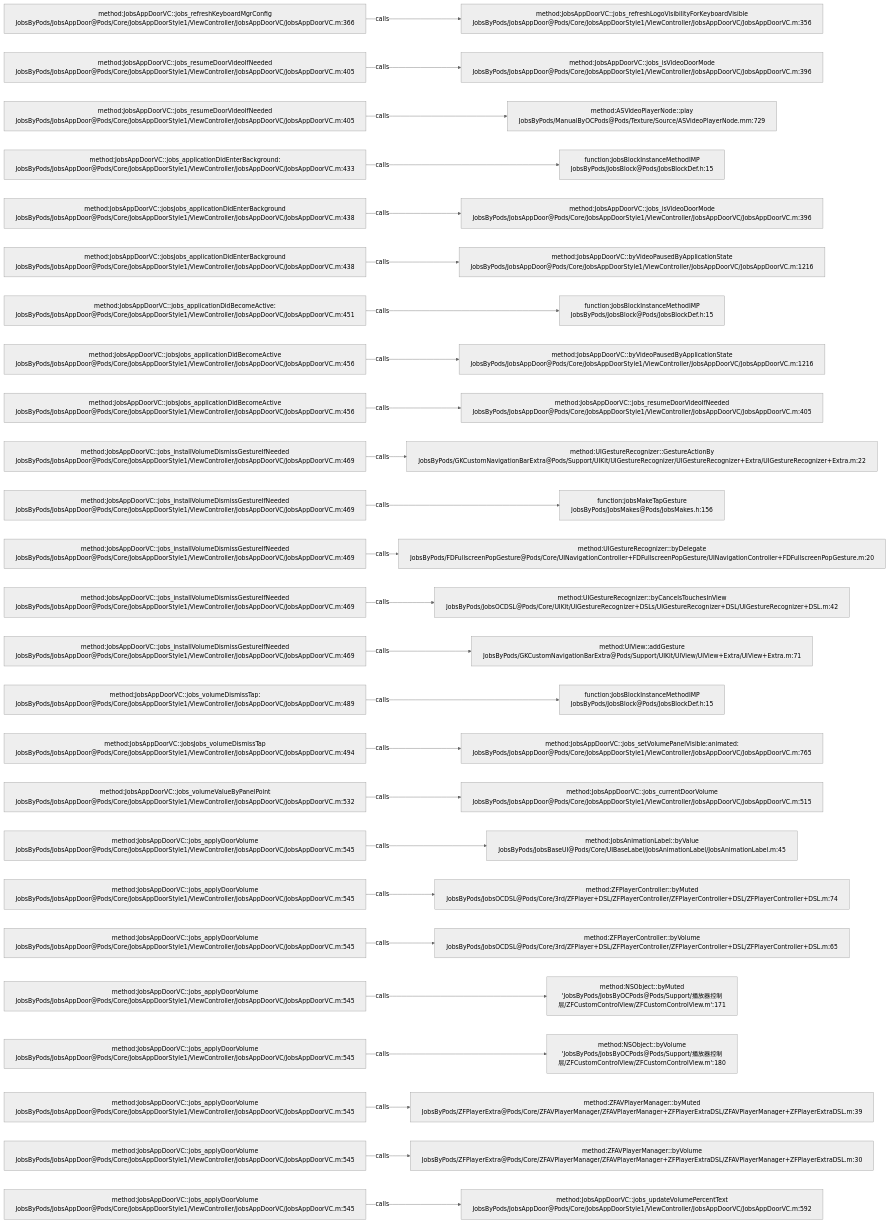
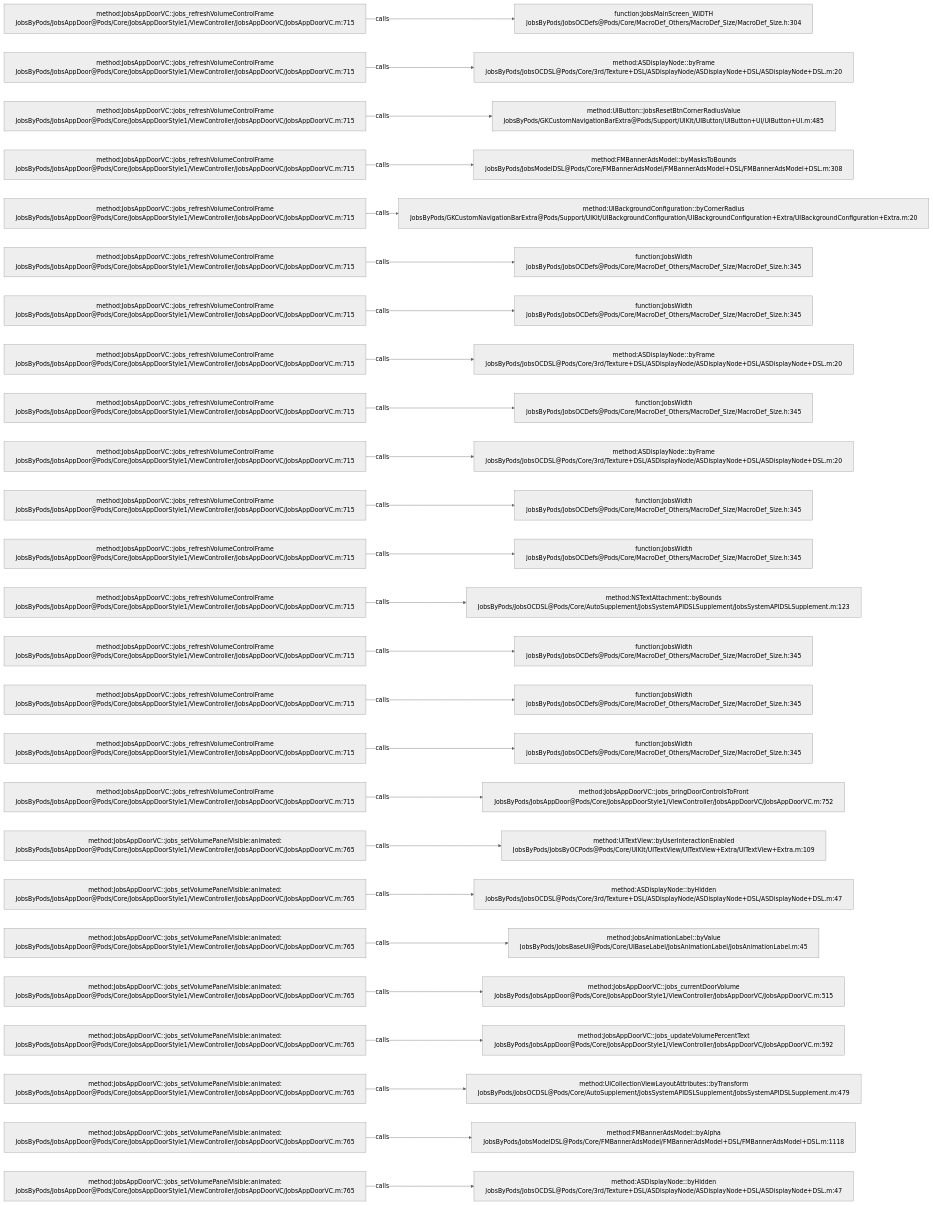
Before and after one commit to JobsKits/JobsOCBaseConfigDemo: the diagram in .codegraph/codegraph.md/graphs/calls-110.md, drawn with Mermaid (neutral theme). The commit also changed 223 other files, not shown here.

````diff
--- a/.codegraph/codegraph.md/graphs/calls-110.md
+++ b/.codegraph/codegraph.md/graphs/calls-110.md
@@ -13,78 +13,78 @@
 ```mermaid
 flowchart LR
-  S1["method:JobsAppDoorVC::jobs_refreshKeyboardMgrConfig<br/>JobsByPods/JobsAppDoor@Pods/Core/JobsAppDoorStyle1/ViewController/JobsAppDoorVC/JobsAppDoorVC.m:366"]
-  T1["method:JobsAppDoorVC::jobs_refreshLogoVisibilityForKeyboardVisible<br/>JobsByPods/JobsAppDoor@Pods/Core/JobsAppDoorStyle1/ViewController/JobsAppDoorVC/JobsAppDoorVC.m:356"]
+  S1["method:JobsAppDoorVC::jobs_refreshVolumeControlFrame<br/>JobsByPods/JobsAppDoor@Pods/Core/JobsAppDoorStyle1/ViewController/JobsAppDoorVC/JobsAppDoorVC.m:715"]
+  T1["function:JobsMainScreen_WIDTH<br/>JobsByPods/JobsOCDefs@Pods/Core/MacroDef_Others/MacroDef_Size/MacroDef_Size.h:304"]
   S1 -->|calls| T1
-  S2["method:JobsAppDoorVC::jobs_resumeDoorVideoIfNeeded<br/>JobsByPods/JobsAppDoor@Pods/Core/JobsAppDoorStyle1/ViewController/JobsAppDoorVC/JobsAppDoorVC.m:405"]
-  T2["method:JobsAppDoorVC::jobs_isVideoDoorMode<br/>JobsByPods/JobsAppDoor@Pods/Core/JobsAppDoorStyle1/ViewController/JobsAppDoorVC/JobsAppDoorVC.m:396"]
+  S2["method:JobsAppDoorVC::jobs_refreshVolumeControlFrame<br/>JobsByPods/JobsAppDoor@Pods/Core/JobsAppDoorStyle1/ViewController/JobsAppDoorVC/JobsAppDoorVC.m:715"]
+  T2["method:ASDisplayNode::byFrame<br/>JobsByPods/JobsOCDSL@Pods/Core/3rd/Texture+DSL/ASDisplayNode/ASDisplayNode+DSL/ASDisplayNode+DSL.m:20"]
   S2 -->|calls| T2
-  S3["method:JobsAppDoorVC::jobs_resumeDoorVideoIfNeeded<br/>JobsByPods/JobsAppDoor@Pods/Core/JobsAppDoorStyle1/ViewController/JobsAppDoorVC/JobsAppDoorVC.m:405"]
-  T3["method:ASVideoPlayerNode::play<br/>JobsByPods/ManualByOCPods@Pods/Texture/Source/ASVideoPlayerNode.mm:729"]
+  S3["method:JobsAppDoorVC::jobs_refreshVolumeControlFrame<br/>JobsByPods/JobsAppDoor@Pods/Core/JobsAppDoorStyle1/ViewController/JobsAppDoorVC/JobsAppDoorVC.m:715"]
+  T3["method:UIButton::jobsResetBtnCornerRadiusValue<br/>JobsByPods/GKCustomNavigationBarExtra@Pods/Support/UIKit/UIButton/UIButton+UI/UIButton+UI.m:485"]
   S3 -->|calls| T3
-  S4["method:JobsAppDoorVC::jobs_applicationDidEnterBackground:<br/>JobsByPods/JobsAppDoor@Pods/Core/JobsAppDoorStyle1/ViewController/JobsAppDoorVC/JobsAppDoorVC.m:433"]
-  T4["function:JobsBlockInstanceMethodIMP<br/>JobsByPods/JobsBlock@Pods/JobsBlockDef.h:15"]
+  S4["method:JobsAppDoorVC::jobs_refreshVolumeControlFrame<br/>JobsByPods/JobsAppDoor@Pods/Core/JobsAppDoorStyle1/ViewController/JobsAppDoorVC/JobsAppDoorVC.m:715"]
+  T4["method:FMBannerAdsModel::byMasksToBounds<br/>JobsByPods/JobsModelDSL@Pods/Core/FMBannerAdsModel/FMBannerAdsModel+DSL/FMBannerAdsModel+DSL.m:308"]
   S4 -->|calls| T4
-  S5["method:JobsAppDoorVC::jobsJobs_applicationDidEnterBackground<br/>JobsByPods/JobsAppDoor@Pods/Core/JobsAppDoorStyle1/ViewController/JobsAppDoorVC/JobsAppDoorVC.m:438"]
-  T5["method:JobsAppDoorVC::jobs_isVideoDoorMode<br/>JobsByPods/JobsAppDoor@Pods/Core/JobsAppDoorStyle1/ViewController/JobsAppDoorVC/JobsAppDoorVC.m:396"]
+  S5["method:JobsAppDoorVC::jobs_refreshVolumeControlFrame<br/>JobsByPods/JobsAppDoor@Pods/Core/JobsAppDoorStyle1/ViewController/JobsAppDoorVC/JobsAppDoorVC.m:715"]
+  T5["method:UIBackgroundConfiguration::byCornerRadius<br/>JobsByPods/GKCustomNavigationBarExtra@Pods/Support/UIKit/UIBackgroundConfiguration/UIBackgroundConfiguration+Extra/UIBackgroundConfiguration+Extra.m:20"]
   S5 -->|calls| T5
-  S6["method:JobsAppDoorVC::jobsJobs_applicationDidEnterBackground<br/>JobsByPods/JobsAppDoor@Pods/Core/JobsAppDoorStyle1/ViewController/JobsAppDoorVC/JobsAppDoorVC.m:438"]
-  T6["method:JobsAppDoorVC::byVideoPausedByApplicationState<br/>JobsByPods/JobsAppDoor@Pods/Core/JobsAppDoorStyle1/ViewController/JobsAppDoorVC/JobsAppDoorVC.m:1216"]
+  S6["method:JobsAppDoorVC::jobs_refreshVolumeControlFrame<br/>JobsByPods/JobsAppDoor@Pods/Core/JobsAppDoorStyle1/ViewController/JobsAppDoorVC/JobsAppDoorVC.m:715"]
+  T6["function:JobsWidth<br/>JobsByPods/JobsOCDefs@Pods/Core/MacroDef_Others/MacroDef_Size/MacroDef_Size.h:345"]
   S6 -->|calls| T6
-  S7["method:JobsAppDoorVC::jobs_applicationDidBecomeActive:<br/>JobsByPods/JobsAppDoor@Pods/Core/JobsAppDoorStyle1/ViewController/JobsAppDoorVC/JobsAppDoorVC.m:451"]
-  T7["function:JobsBlockInstanceMethodIMP<br/>JobsByPods/JobsBlock@Pods/JobsBlockDef.h:15"]
+  S7["method:JobsAppDoorVC::jobs_refreshVolumeControlFrame<br/>JobsByPods/JobsAppDoor@Pods/Core/JobsAppDoorStyle1/ViewController/JobsAppDoorVC/JobsAppDoorVC.m:715"]
+  T7["function:JobsWidth<br/>JobsByPods/JobsOCDefs@Pods/Core/MacroDef_Others/MacroDef_Size/MacroDef_Size.h:345"]
   S7 -->|calls| T7
-  S8["method:JobsAppDoorVC::jobsJobs_applicationDidBecomeActive<br/>JobsByPods/JobsAppDoor@Pods/Core/JobsAppDoorStyle1/ViewController/JobsAppDoorVC/JobsAppDoorVC.m:456"]
-  T8["method:JobsAppDoorVC::byVideoPausedByApplicationState<br/>JobsByPods/JobsAppDoor@Pods/Core/JobsAppDoorStyle1/ViewController/JobsAppDoorVC/JobsAppDoorVC.m:1216"]
+  S8["method:JobsAppDoorVC::jobs_refreshVolumeControlFrame<br/>JobsByPods/JobsAppDoor@Pods/Core/JobsAppDoorStyle1/ViewController/JobsAppDoorVC/JobsAppDoorVC.m:715"]
+  T8["method:ASDisplayNode::byFrame<br/>JobsByPods/JobsOCDSL@Pods/Core/3rd/Texture+DSL/ASDisplayNode/ASDisplayNode+DSL/ASDisplayNode+DSL.m:20"]
   S8 -->|calls| T8
-  S9["method:JobsAppDoorVC::jobsJobs_applicationDidBecomeActive<br/>JobsByPods/JobsAppDoor@Pods/Core/JobsAppDoorStyle1/ViewController/JobsAppDoorVC/JobsAppDoorVC.m:456"]
-  T9["method:JobsAppDoorVC::jobs_resumeDoorVideoIfNeeded<br/>JobsByPods/JobsAppDoor@Pods/Core/JobsAppDoorStyle1/ViewController/JobsAppDoorVC/JobsAppDoorVC.m:405"]
+  S9["method:JobsAppDoorVC::jobs_refreshVolumeControlFrame<br/>JobsByPods/JobsAppDoor@Pods/Core/JobsAppDoorStyle1/ViewController/JobsAppDoorVC/JobsAppDoorVC.m:715"]
+  T9["function:JobsWidth<br/>JobsByPods/JobsOCDefs@Pods/Core/MacroDef_Others/MacroDef_Size/MacroDef_Size.h:345"]
   S9 -->|calls| T9
-  S10["method:JobsAppDoorVC::jobs_installVolumeDismissGestureIfNeeded<br/>JobsByPods/JobsAppDoor@Pods/Core/JobsAppDoorStyle1/ViewController/JobsAppDoorVC/JobsAppDoorVC.m:469"]
-  T10["method:UIGestureRecognizer::GestureActionBy<br/>JobsByPods/GKCustomNavigationBarExtra@Pods/Support/UIKit/UIGestureRecognizer/UIGestureRecognizer+Extra/UIGestureRecognizer+Extra.m:22"]
+  S10["method:JobsAppDoorVC::jobs_refreshVolumeControlFrame<br/>JobsByPods/JobsAppDoor@Pods/Core/JobsAppDoorStyle1/ViewController/JobsAppDoorVC/JobsAppDoorVC.m:715"]
+  T10["method:ASDisplayNode::byFrame<br/>JobsByPods/JobsOCDSL@Pods/Core/3rd/Texture+DSL/ASDisplayNode/ASDisplayNode+DSL/ASDisplayNode+DSL.m:20"]
   S10 -->|calls| T10
-  S11["method:JobsAppDoorVC::jobs_installVolumeDismissGestureIfNeeded<br/>JobsByPods/JobsAppDoor@Pods/Core/JobsAppDoorStyle1/ViewController/JobsAppDoorVC/JobsAppDoorVC.m:469"]
-  T11["function:jobsMakeTapGesture<br/>JobsByPods/JobsMakes@Pods/JobsMakes.h:156"]
+  S11["method:JobsAppDoorVC::jobs_refreshVolumeControlFrame<br/>JobsByPods/JobsAppDoor@Pods/Core/JobsAppDoorStyle1/ViewController/JobsAppDoorVC/JobsAppDoorVC.m:715"]
+  T11["function:JobsWidth<br/>JobsByPods/JobsOCDefs@Pods/Core/MacroDef_Others/MacroDef_Size/MacroDef_Size.h:345"]
   S11 -->|calls| T11
-  S12["method:JobsAppDoorVC::jobs_installVolumeDismissGestureIfNeeded<br/>JobsByPods/JobsAppDoor@Pods/Core/JobsAppDoorStyle1/ViewController/JobsAppDoorVC/JobsAppDoorVC.m:469"]
-  T12["method:UIGestureRecognizer::byDelegate<br/>JobsByPods/FDFullscreenPopGesture@Pods/Core/UINavigationController+FDFullscreenPopGesture/UINavigationController+FDFullscreenPopGesture.m:20"]
+  S12["method:JobsAppDoorVC::jobs_refreshVolumeControlFrame<br/>JobsByPods/JobsAppDoor@Pods/Core/JobsAppDoorStyle1/ViewController/JobsAppDoorVC/JobsAppDoorVC.m:715"]
+  T12["function:JobsWidth<br/>JobsByPods/JobsOCDefs@Pods/Core/MacroDef_Others/MacroDef_Size/MacroDef_Size.h:345"]
   S12 -->|calls| T12
-  S13["method:JobsAppDoorVC::jobs_installVolumeDismissGestureIfNeeded<br/>JobsByPods/JobsAppDoor@Pods/Core/JobsAppDoorStyle1/ViewController/JobsAppDoorVC/JobsAppDoorVC.m:469"]
-  T13["method:UIGestureRecognizer::byCancelsTouchesInView<br/>JobsByPods/JobsOCDSL@Pods/Core/UIKit/UIGestureRecognizer+DSLs/UIGestureRecognizer+DSL/UIGestureRecognizer+DSL.m:42"]
+  S13["method:JobsAppDoorVC::jobs_refreshVolumeControlFrame<br/>JobsByPods/JobsAppDoor@Pods/Core/JobsAppDoorStyle1/ViewController/JobsAppDoorVC/JobsAppDoorVC.m:715"]
+  T13["method:NSTextAttachment::byBounds<br/>JobsByPods/JobsOCDSL@Pods/Core/AutoSupplement/JobsSystemAPIDSLSupplement/JobsSystemAPIDSLSupplement.m:123"]
   S13 -->|calls| T13
-  S14["method:JobsAppDoorVC::jobs_installVolumeDismissGestureIfNeeded<br/>JobsByPods/JobsAppDoor@Pods/Core/JobsAppDoorStyle1/ViewController/JobsAppDoorVC/JobsAppDoorVC.m:469"]
-  T14["method:UIView::addGesture<br/>JobsByPods/GKCustomNavigationBarExtra@Pods/Support/UIKit/UIView/UIView+Extra/UIView+Extra.m:71"]
+  S14["method:JobsAppDoorVC::jobs_refreshVolumeControlFrame<br/>JobsByPods/JobsAppDoor@Pods/Core/JobsAppDoorStyle1/ViewController/JobsAppDoorVC/JobsAppDoorVC.m:715"]
+  T14["function:JobsWidth<br/>JobsByPods/JobsOCDefs@Pods/Core/MacroDef_Others/MacroDef_Size/MacroDef_Size.h:345"]
   S14 -->|calls| T14
-  S15["method:JobsAppDoorVC::jobs_volumeDismissTap:<br/>JobsByPods/JobsAppDoor@Pods/Core/JobsAppDoorStyle1/ViewController/JobsAppDoorVC/JobsAppDoorVC.m:489"]
-  T15["function:JobsBlockInstanceMethodIMP<br/>JobsByPods/JobsBlock@Pods/JobsBlockDef.h:15"]
+  S15["method:JobsAppDoorVC::jobs_refreshVolumeControlFrame<br/>JobsByPods/JobsAppDoor@Pods/Core/JobsAppDoorStyle1/ViewController/JobsAppDoorVC/JobsAppDoorVC.m:715"]
+  T15["function:JobsWidth<br/>JobsByPods/JobsOCDefs@Pods/Core/MacroDef_Others/MacroDef_Size/MacroDef_Size.h:345"]
   S15 -->|calls| T15
-  S16["method:JobsAppDoorVC::jobsJobs_volumeDismissTap<br/>JobsByPods/JobsAppDoor@Pods/Core/JobsAppDoorStyle1/ViewController/JobsAppDoorVC/JobsAppDoorVC.m:494"]
-  T16["method:JobsAppDoorVC::jobs_setVolumePanelVisible:animated:<br/>JobsByPods/JobsAppDoor@Pods/Core/JobsAppDoorStyle1/ViewController/JobsAppDoorVC/JobsAppDoorVC.m:765"]
+  S16["method:JobsAppDoorVC::jobs_refreshVolumeControlFrame<br/>JobsByPods/JobsAppDoor@Pods/Core/JobsAppDoorStyle1/ViewController/JobsAppDoorVC/JobsAppDoorVC.m:715"]
+  T16["function:JobsWidth<br/>JobsByPods/JobsOCDefs@Pods/Core/MacroDef_Others/MacroDef_Size/MacroDef_Size.h:345"]
   S16 -->|calls| T16
-  S17["method:JobsAppDoorVC::jobs_volumeValueByPanelPoint<br/>JobsByPods/JobsAppDoor@Pods/Core/JobsAppDoorStyle1/ViewController/JobsAppDoorVC/JobsAppDoorVC.m:532"]
-  T17["method:JobsAppDoorVC::jobs_currentDoorVolume<br/>JobsByPods/JobsAppDoor@Pods/Core/JobsAppDoorStyle1/ViewController/JobsAppDoorVC/JobsAppDoorVC.m:515"]
+  S17["method:JobsAppDoorVC::jobs_refreshVolumeControlFrame<br/>JobsByPods/JobsAppDoor@Pods/Core/JobsAppDoorStyle1/ViewController/JobsAppDoorVC/JobsAppDoorVC.m:715"]
+  T17["method:JobsAppDoorVC::jobs_bringDoorControlsToFront<br/>JobsByPods/JobsAppDoor@Pods/Core/JobsAppDoorStyle1/ViewController/JobsAppDoorVC/JobsAppDoorVC.m:752"]
   S17 -->|calls| T17
-  S18["method:JobsAppDoorVC::jobs_applyDoorVolume<br/>JobsByPods/JobsAppDoor@Pods/Core/JobsAppDoorStyle1/ViewController/JobsAppDoorVC/JobsAppDoorVC.m:545"]
-  T18["method:JobsAnimationLabel::byValue<br/>JobsByPods/JobsBaseUI@Pods/Core/UIBaseLabel/JobsAnimationLabel/JobsAnimationLabel.m:45"]
+  S18["method:JobsAppDoorVC::jobs_setVolumePanelVisible:animated:<br/>JobsByPods/JobsAppDoor@Pods/Core/JobsAppDoorStyle1/ViewController/JobsAppDoorVC/JobsAppDoorVC.m:765"]
+  T18["method:UITextView::byUserInteractionEnabled<br/>JobsByPods/JobsByOCPods@Pods/Core/UIKit/UITextView/UITextView+Extra/UITextView+Extra.m:109"]
   S18 -->|calls| T18
-  S19["method:JobsAppDoorVC::jobs_applyDoorVolume<br/>JobsByPods/JobsAppDoor@Pods/Core/JobsAppDoorStyle1/ViewController/JobsAppDoorVC/JobsAppDoorVC.m:545"]
-  T19["method:ZFPlayerController::byMuted<br/>JobsByPods/JobsOCDSL@Pods/Core/3rd/ZFPlayer+DSL/ZFPlayerController/ZFPlayerController+DSL/ZFPlayerController+DSL.m:74"]
+  S19["method:JobsAppDoorVC::jobs_setVolumePanelVisible:animated:<br/>JobsByPods/JobsAppDoor@Pods/Core/JobsAppDoorStyle1/ViewController/JobsAppDoorVC/JobsAppDoorVC.m:765"]
+  T19["method:ASDisplayNode::byHidden<br/>JobsByPods/JobsOCDSL@Pods/Core/3rd/Texture+DSL/ASDisplayNode/ASDisplayNode+DSL/ASDisplayNode+DSL.m:47"]
   S19 -->|calls| T19
-  S20["method:JobsAppDoorVC::jobs_applyDoorVolume<br/>JobsByPods/JobsAppDoor@Pods/Core/JobsAppDoorStyle1/ViewController/JobsAppDoorVC/JobsAppDoorVC.m:545"]
-  T20["method:ZFPlayerController::byVolume<br/>JobsByPods/JobsOCDSL@Pods/Core/3rd/ZFPlayer+DSL/ZFPlayerController/ZFPlayerController+DSL/ZFPlayerController+DSL.m:65"]
+  S20["method:JobsAppDoorVC::jobs_setVolumePanelVisible:animated:<br/>JobsByPods/JobsAppDoor@Pods/Core/JobsAppDoorStyle1/ViewController/JobsAppDoorVC/JobsAppDoorVC.m:765"]
+  T20["method:JobsAnimationLabel::byValue<br/>JobsByPods/JobsBaseUI@Pods/Core/UIBaseLabel/JobsAnimationLabel/JobsAnimationLabel.m:45"]
   S20 -->|calls| T20
-  S21["method:JobsAppDoorVC::jobs_applyDoorVolume<br/>JobsByPods/JobsAppDoor@Pods/Core/JobsAppDoorStyle1/ViewController/JobsAppDoorVC/JobsAppDoorVC.m:545"]
-  T21["method:NSObject::byMuted<br/>'JobsByPods/JobsByOCPods@Pods/Support/播放器控制层/ZFCustomControlView/ZFCustomControlView.m':171"]
+  S21["method:JobsAppDoorVC::jobs_setVolumePanelVisible:animated:<br/>JobsByPods/JobsAppDoor@Pods/Core/JobsAppDoorStyle1/ViewController/JobsAppDoorVC/JobsAppDoorVC.m:765"]
+  T21["method:JobsAppDoorVC::jobs_currentDoorVolume<br/>JobsByPods/JobsAppDoor@Pods/Core/JobsAppDoorStyle1/ViewController/JobsAppDoorVC/JobsAppDoorVC.m:515"]
   S21 -->|calls| T21
-  S22["method:JobsAppDoorVC::jobs_applyDoorVolume<br/>JobsByPods/JobsAppDoor@Pods/Core/JobsAppDoorStyle1/ViewController/JobsAppDoorVC/JobsAppDoorVC.m:545"]
-  T22["method:NSObject::byVolume<br/>'JobsByPods/JobsByOCPods@Pods/Support/播放器控制层/ZFCustomControlView/ZFCustomControlView.m':180"]
+  S22["method:JobsAppDoorVC::jobs_setVolumePanelVisible:animated:<br/>JobsByPods/JobsAppDoor@Pods/Core/JobsAppDoorStyle1/ViewController/JobsAppDoorVC/JobsAppDoorVC.m:765"]
+  T22["method:JobsAppDoorVC::jobs_updateVolumePercentText<br/>JobsByPods/JobsAppDoor@Pods/Core/JobsAppDoorStyle1/ViewController/JobsAppDoorVC/JobsAppDoorVC.m:592"]
   S22 -->|calls| T22
-  S23["method:JobsAppDoorVC::jobs_applyDoorVolume<br/>JobsByPods/JobsAppDoor@Pods/Core/JobsAppDoorStyle1/ViewController/JobsAppDoorVC/JobsAppDoorVC.m:545"]
-  T23["method:ZFAVPlayerManager::byMuted<br/>JobsByPods/ZFPlayerExtra@Pods/Core/ZFAVPlayerManager/ZFAVPlayerManager+ZFPlayerExtraDSL/ZFAVPlayerManager+ZFPlayerExtraDSL.m:39"]
+  S23["method:JobsAppDoorVC::jobs_setVolumePanelVisible:animated:<br/>JobsByPods/JobsAppDoor@Pods/Core/JobsAppDoorStyle1/ViewController/JobsAppDoorVC/JobsAppDoorVC.m:765"]
+  T23["method:UICollectionViewLayoutAttributes::byTransform<br/>JobsByPods/JobsOCDSL@Pods/Core/AutoSupplement/JobsSystemAPIDSLSupplement/JobsSystemAPIDSLSupplement.m:479"]
   S23 -->|calls| T23
-  S24["method:JobsAppDoorVC::jobs_applyDoorVolume<br/>JobsByPods/JobsAppDoor@Pods/Core/JobsAppDoorStyle1/ViewController/JobsAppDoorVC/JobsAppDoorVC.m:545"]
-  T24["method:ZFAVPlayerManager::byVolume<br/>JobsByPods/ZFPlayerExtra@Pods/Core/ZFAVPlayerManager/ZFAVPlayerManager+ZFPlayerExtraDSL/ZFAVPlayerManager+ZFPlayerExtraDSL.m:30"]
+  S24["method:JobsAppDoorVC::jobs_setVolumePanelVisible:animated:<br/>JobsByPods/JobsAppDoor@Pods/Core/JobsAppDoorStyle1/ViewController/JobsAppDoorVC/JobsAppDoorVC.m:765"]
+  T24["method:FMBannerAdsModel::byAlpha<br/>JobsByPods/JobsModelDSL@Pods/Core/FMBannerAdsModel/FMBannerAdsModel+DSL/FMBannerAdsModel+DSL.m:1118"]
   S24 -->|calls| T24
-  S25["method:JobsAppDoorVC::jobs_applyDoorVolume<br/>JobsByPods/JobsAppDoor@Pods/Core/JobsAppDoorStyle1/ViewController/JobsAppDoorVC/JobsAppDoorVC.m:545"]
-  T25["method:JobsAppDoorVC::jobs_updateVolumePercentText<br/>JobsByPods/JobsAppDoor@Pods/Core/JobsAppDoorStyle1/ViewController/JobsAppDoorVC/JobsAppDoorVC.m:592"]
+  S25["method:JobsAppDoorVC::jobs_setVolumePanelVisible:animated:<br/>JobsByPods/JobsAppDoor@Pods/Core/JobsAppDoorStyle1/ViewController/JobsAppDoorVC/JobsAppDoorVC.m:765"]
+  T25["method:ASDisplayNode::byHidden<br/>JobsByPods/JobsOCDSL@Pods/Core/3rd/Texture+DSL/ASDisplayNode/ASDisplayNode+DSL/ASDisplayNode+DSL.m:47"]
   S25 -->|calls| T25
 ```
````
